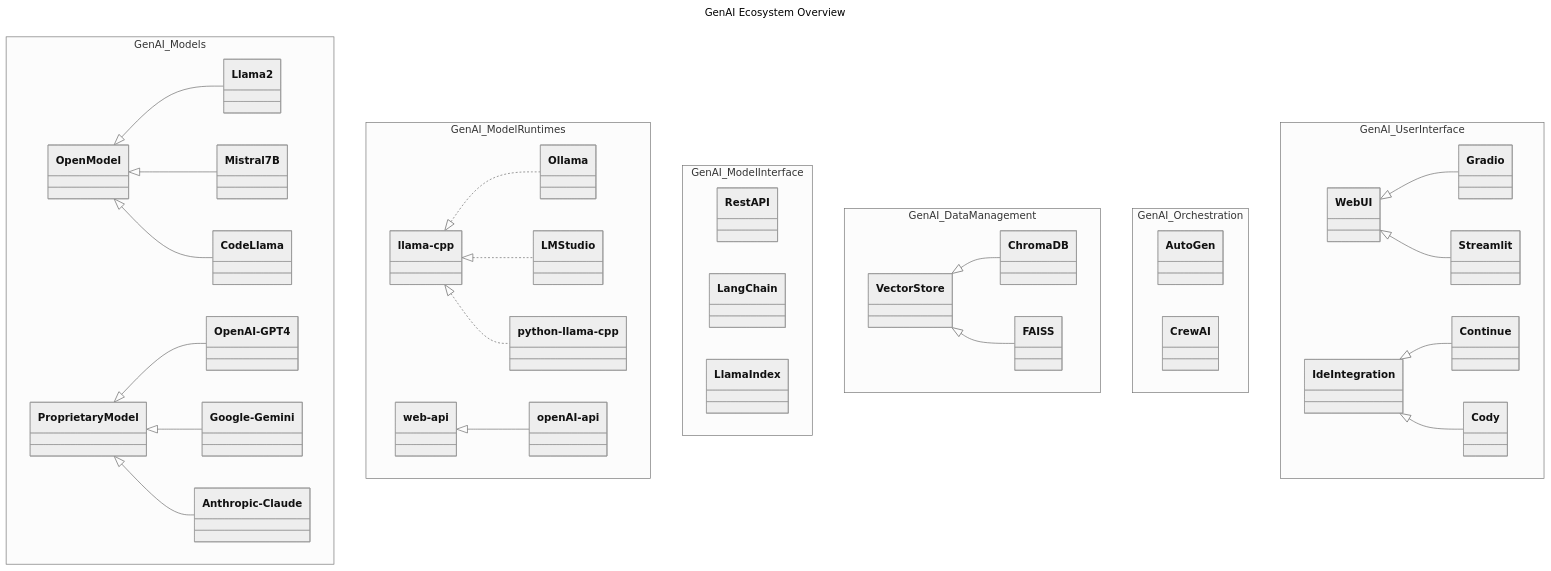
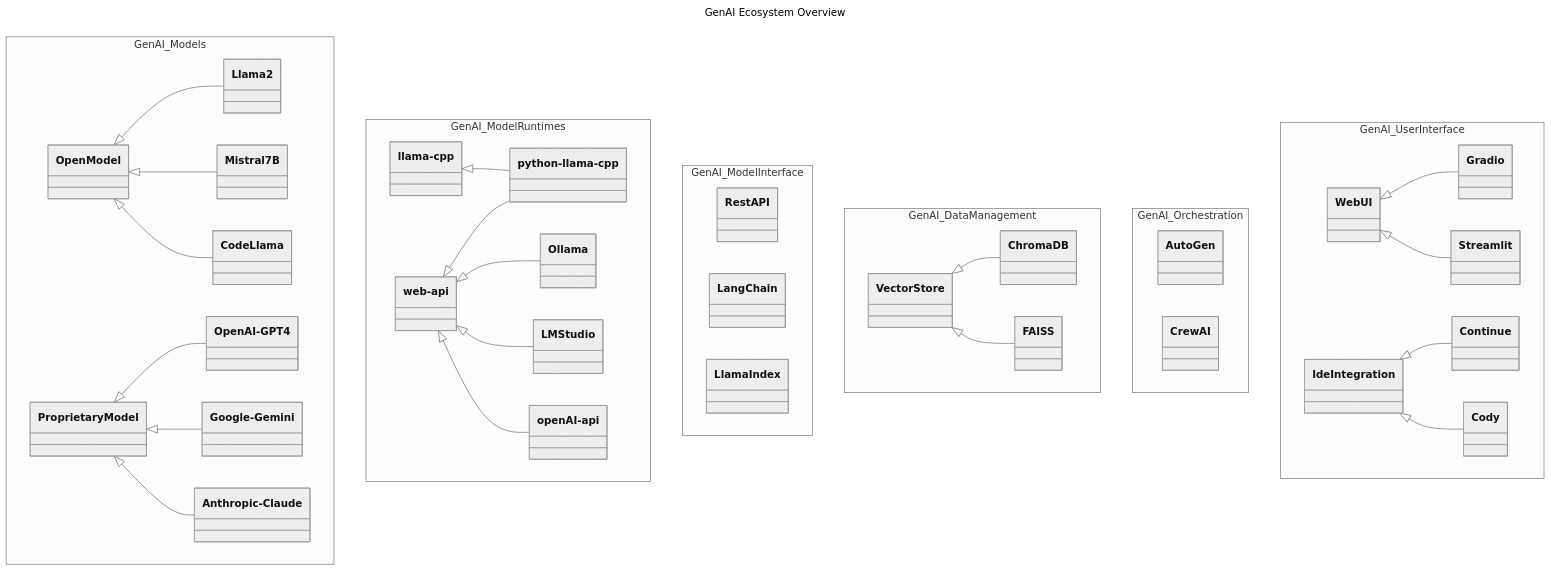
The first of 2 diagrams in ecosystem/readme.md (jondavid-black/AiToolsSandbox), drawn with Mermaid (neutral theme) before and after one commit. The commit also changed other lines of this file, not shown here.

````diff
--- a/ecosystem/readme.md
+++ b/ecosystem/readme.md
@@ -19,69 +19,71 @@
 ```mermaid
 ---
 title: GenAI Ecosystem Overview
 ---
 classDiagram
     namespace GenAI_Models {
         class OpenModel
         class Llama2
         class Mistral7B
         class CodeLlama
+
         class ProprietaryModel
         class OpenAI-GPT4
         class Google-Gemini
         class Anthropic-Claude
     }
 
     OpenModel <|-- Llama2
     OpenModel <|-- Mistral7B
     OpenModel <|-- CodeLlama
     ProprietaryModel <|-- OpenAI-GPT4
     ProprietaryModel <|-- Google-Gemini
     ProprietaryModel <|-- Anthropic-Claude
 
     namespace GenAI_ModelRuntimes {
         class llama-cpp
         class Ollama
         class LMStudio
         class python-llama-cpp
         class web-api
         class openAI-api
     }
 
-    llama-cpp <|.. Ollama
-    llama-cpp <|.. LMStudio
-    llama-cpp <|.. python-llama-cpp
+    llama-cpp <|-- python-llama-cpp
+    web-api <|-- python-llama-cpp
+    web-api <|-- Ollama
+    web-api <|-- LMStudio
     web-api <|-- openAI-api
 
     namespace GenAI_ModelInterface {
         class RestAPI
         class LangChain
         class LlamaIndex
     }
     namespace GenAI_DataManagement {
         class VectorStore
         class ChromaDB
         class FAISS
     }
 
     VectorStore <|-- ChromaDB
     VectorStore <|-- FAISS
 
     namespace GenAI_Orchestration {
         class AutoGen
         class CrewAI
     }
     namespace GenAI_UserInterface {
         class WebUI
         class Gradio
         class Streamlit
         class IdeIntegration
         class Continue
         class Cody
     }
 
     WebUI <|-- Gradio
     WebUI <|-- Streamlit
     IdeIntegration <|-- Continue
     IdeIntegration <|-- Cody
 ```
````
